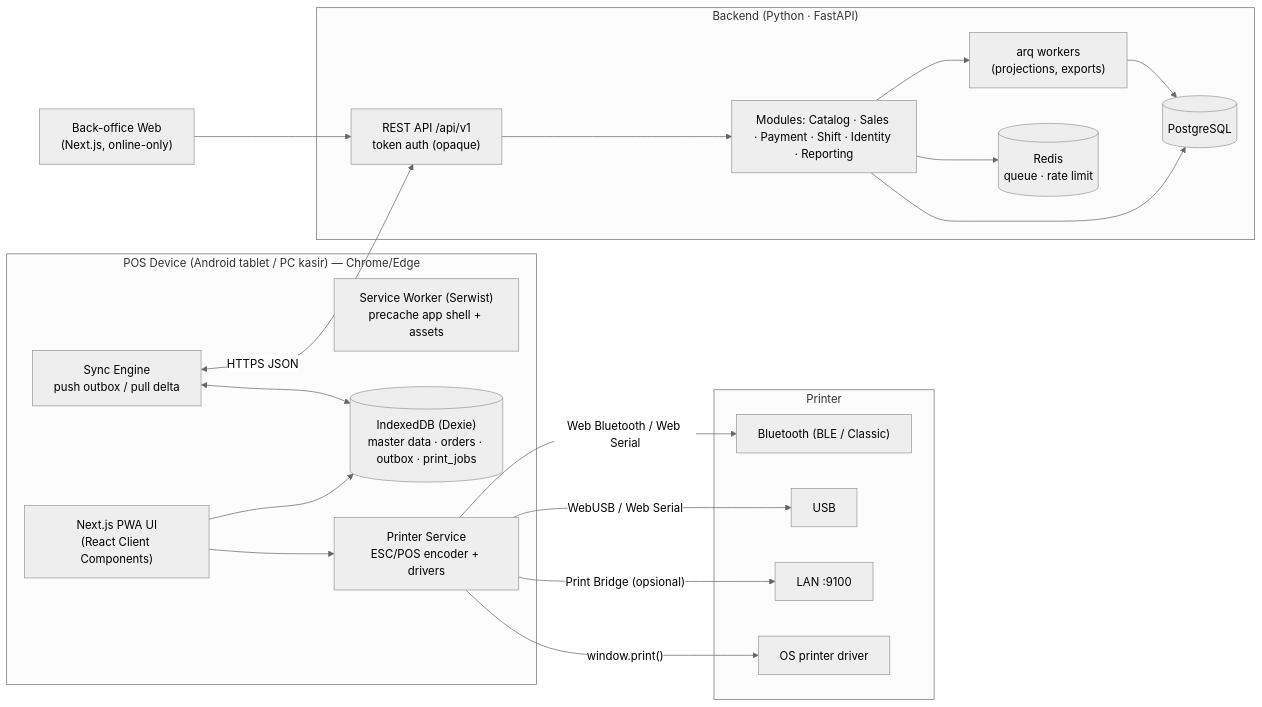
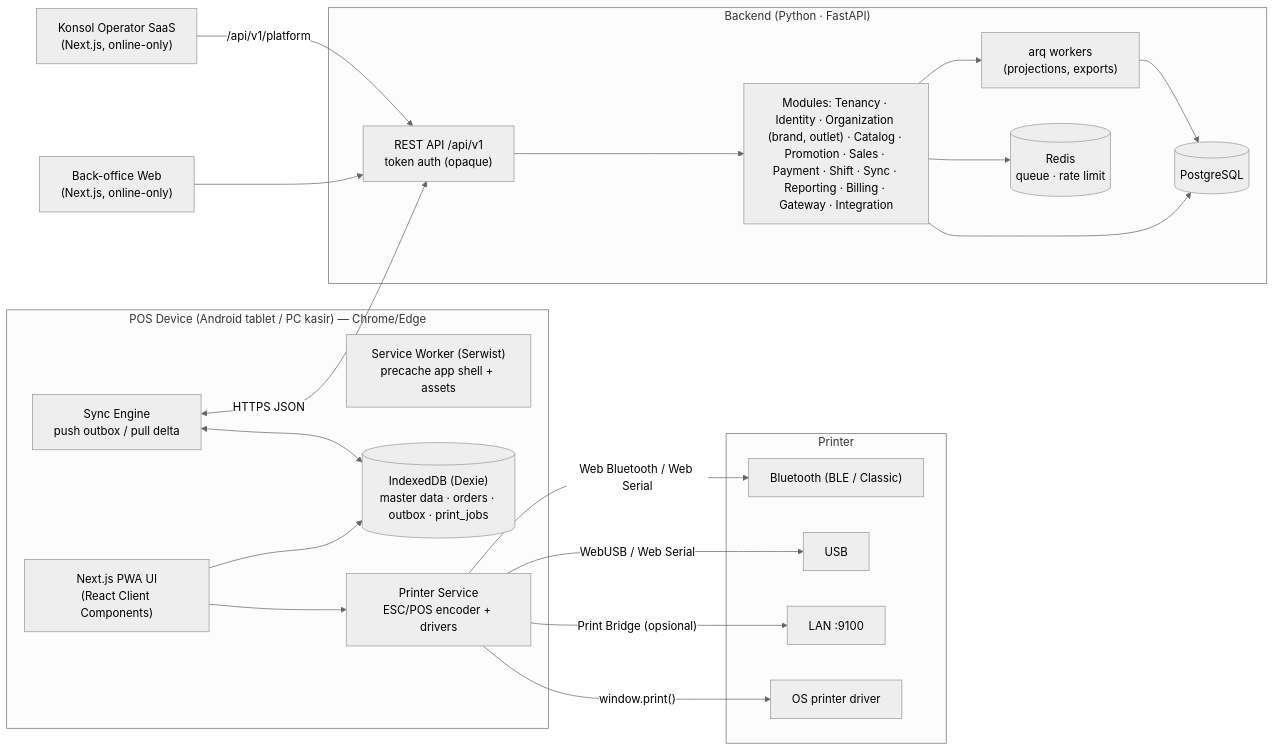
The diagram in poslite-docs/01-system-architecture.md (budipriyoutomo/poslite-workspace), drawn with Mermaid (neutral theme) before and after one commit. The commit also changed other lines of this file and 20 other files, not shown here.

Commit message:
chore: operator workflow, repos-push target for per-app GitHub repos, staging deploy and Fase 6 docs

````diff
--- a/poslite-docs/01-system-architecture.md
+++ b/poslite-docs/01-system-architecture.md
@@ -9,39 +9,40 @@
 ```mermaid
 flowchart LR
   subgraph Device["POS Device (Android tablet / PC kasir) — Chrome/Edge"]
     UI["Next.js PWA UI<br/>(React Client Components)"]
     SW["Service Worker (Serwist)<br/>precache app shell + assets"]
     IDB[("IndexedDB (Dexie)<br/>master data · orders · outbox · print_jobs")]
     SYNC["Sync Engine<br/>push outbox / pull delta"]
     PRN["Printer Service<br/>ESC/POS encoder + drivers"]
     UI --> IDB
     UI --> PRN
     SYNC <--> IDB
   end
 
   subgraph Printers["Printer"]
     BT["Bluetooth (BLE / Classic)"]
     USB["USB"]
     LAN["LAN :9100"]
     SYS["OS printer driver"]
   end
 
   PRN -- "Web Bluetooth / Web Serial" --> BT
   PRN -- "WebUSB / Web Serial" --> USB
   PRN -- "Print Bridge (opsional)" --> LAN
   PRN -- "window.print()" --> SYS
 
   subgraph Server["Backend (Python · FastAPI)"]
     API["REST API /api/v1<br/>token auth (opaque)"]
-    APP["Modules: Catalog · Sales · Payment · Shift · Identity · Reporting"]
+    APP["Modules: Tenancy · Identity · Organization (brand, outlet) · Catalog · Promotion · Sales · Payment · Shift · Sync · Reporting · Billing · Gateway · Integration"]
     Q["arq workers<br/>(projections, exports)"]
     DB[("PostgreSQL")]
     R[("Redis<br/>queue · rate limit")]
     API --> APP --> DB
     APP --> Q --> DB
     APP --> R
   end
 
   SYNC <-- "HTTPS JSON" --> API
   ADMIN["Back-office Web<br/>(Next.js, online-only)"] --> API
+  OPS["Konsol Operator SaaS<br/>(Next.js, online-only)"] -- "/api/v1/platform" --> API
 ```
````
